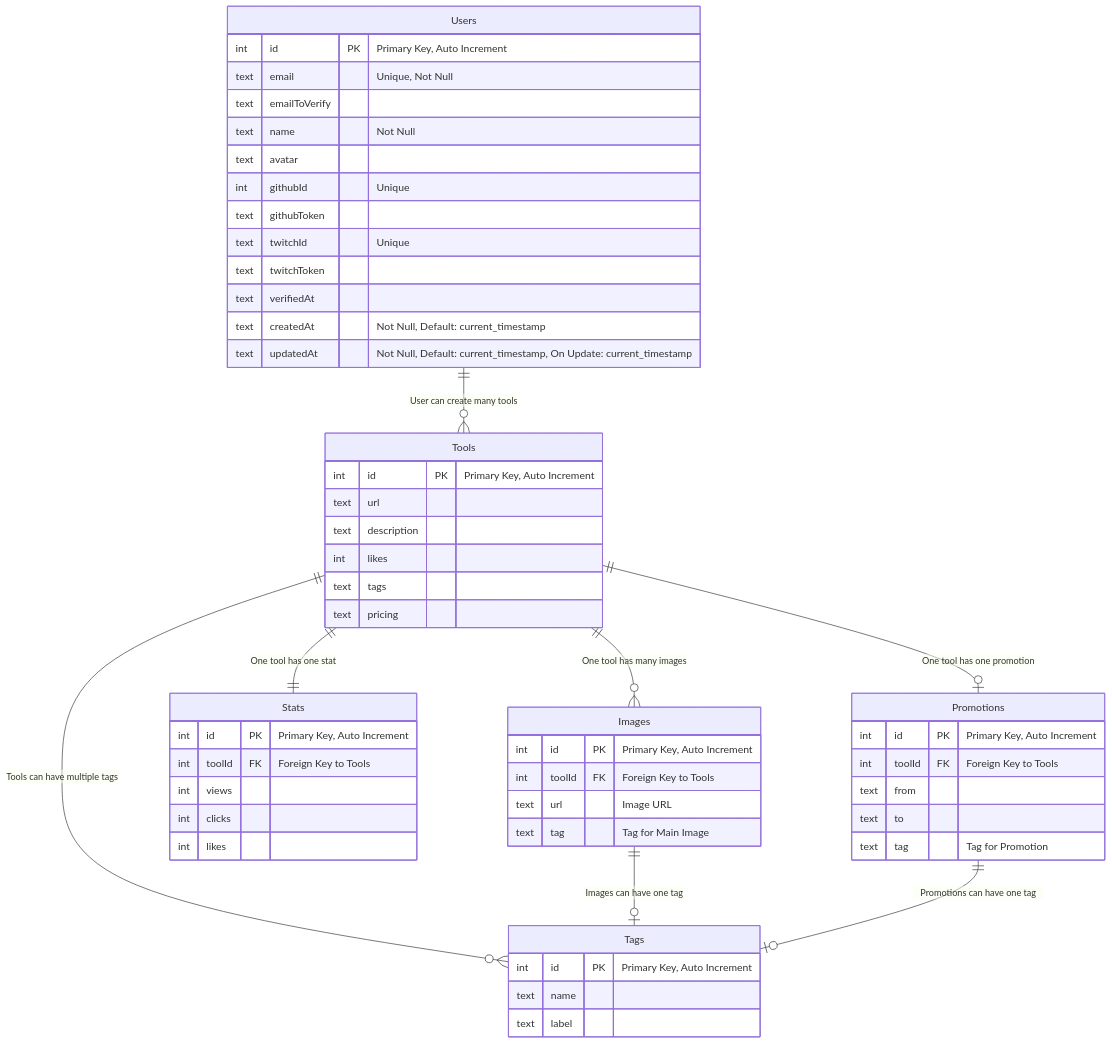
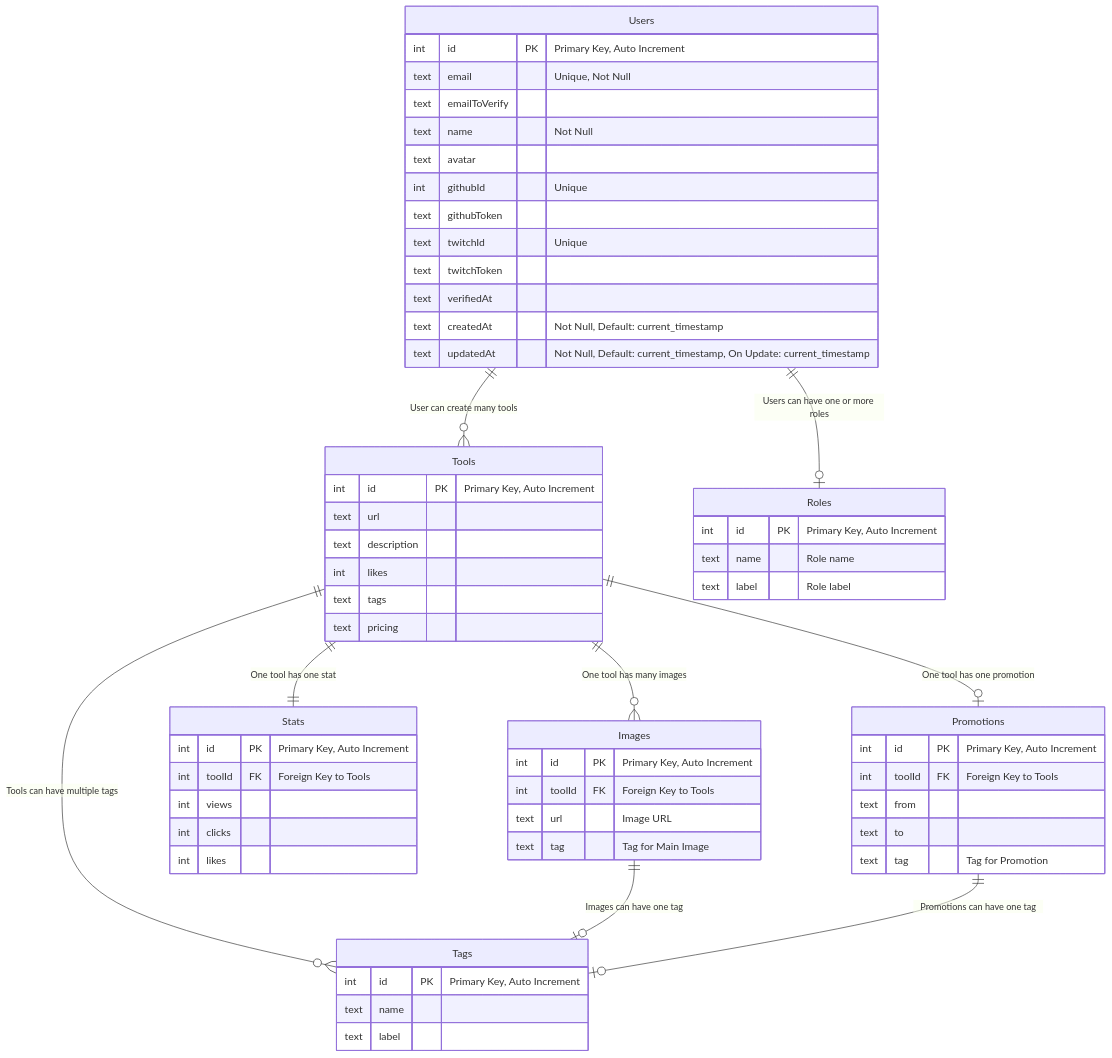
Before and after one commit to leamsigc/hub-example: the diagram in README.md, drawn with Mermaid. The commit also changed 26 other files, not shown here.

````diff
--- a/README.md
+++ b/README.md
@@ -60,65 +60,71 @@
 ```mermaid
 erDiagram
     Users {
       int id PK "Primary Key, Auto Increment"
       text email "Unique, Not Null"
       text emailToVerify
       text name "Not Null"
       text avatar
       int githubId "Unique"
       text githubToken
       text twitchId "Unique"
       text twitchToken
       text verifiedAt
       text createdAt "Not Null, Default: current_timestamp"
       text updatedAt "Not Null, Default: current_timestamp, On Update: current_timestamp"
     }
 
     Tools {
       int id PK "Primary Key, Auto Increment"
       text url
       text description
       int likes
       text tags
       text pricing
     }
 
     Promotions {
       int id PK "Primary Key, Auto Increment"
       int toolId FK "Foreign Key to Tools"
       text from
       text to
       text tag "Tag for Promotion"
     }
 
     Tags {
       int id PK "Primary Key, Auto Increment"
       text name
       text label
     }
 
     Stats {
       int id PK "Primary Key, Auto Increment"
       int toolId FK "Foreign Key to Tools"
       int views
       int clicks
       int likes
     }
 
     Images {
       int id PK "Primary Key, Auto Increment"
       int toolId FK "Foreign Key to Tools"
       text url "Image URL"
       text tag "Tag for Main Image"
     }
 
+  Roles {
+      int id PK "Primary Key, Auto Increment"
+      text name "Role name"
+      text label "Role label"
+    }
     %% Relationships
     Users ||--o{ Tools : "User can create many tools"
     Tools ||--o{ Images : "One tool has many images"
     Tools ||--o| Promotions : "One tool has one promotion"
     Tools ||--|| Stats : "One tool has one stat"
     Tools ||--o{ Tags : "Tools can have multiple tags"
     Images ||--o| Tags : "Images can have one tag"
     Promotions ||--o| Tags : "Promotions can have one tag"
+    Users ||--o| Roles : "Users can have one or more roles"
 
 ```
````
